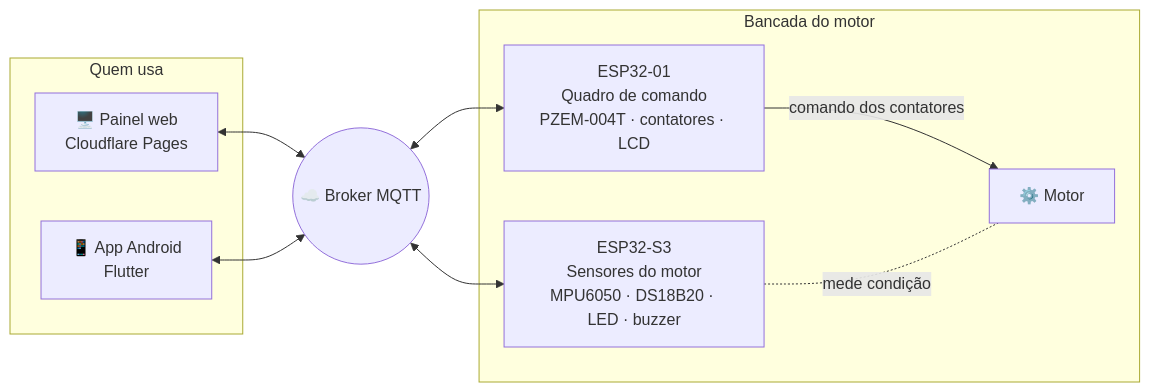
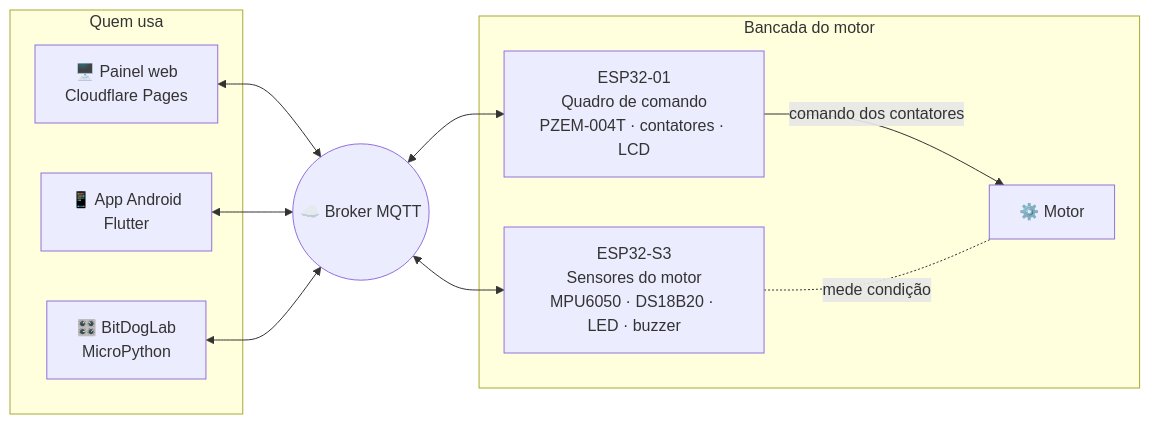
Before and after one commit to frahncky/IoTMotor: the diagram in README.md, drawn with Mermaid. The commit also changed other lines of this file and 7 other files, not shown here.

First line of the commit message:
feat(bitdoglab): painel de bolso BitDogLab para o quadro e os sensores

````diff
--- a/README.md
+++ b/README.md
@@ -59,19 +60,21 @@
 ```mermaid
 flowchart LR
     subgraph Usuario["Quem usa"]
         P["🖥️ Painel web<br/>Cloudflare Pages"]
         A["📱 App Android<br/>Flutter"]
+        D["🎛️ BitDogLab<br/>MicroPython"]
     end
     B(("☁️ Broker MQTT"))
     subgraph Bancada["Bancada do motor"]
         Q["ESP32-01<br/>Quadro de comando<br/>PZEM-004T · contatores · LCD"]
         S["ESP32-S3<br/>Sensores do motor<br/>MPU6050 · DS18B20 · LED · buzzer"]
         M["⚙️ Motor"]
     end
     P <--> B
     A <--> B
+    D <--> B
     B <--> Q
     B <--> S
     Q -- comando dos contatores --> M
     S -. mede condição .- M
 ```
````
